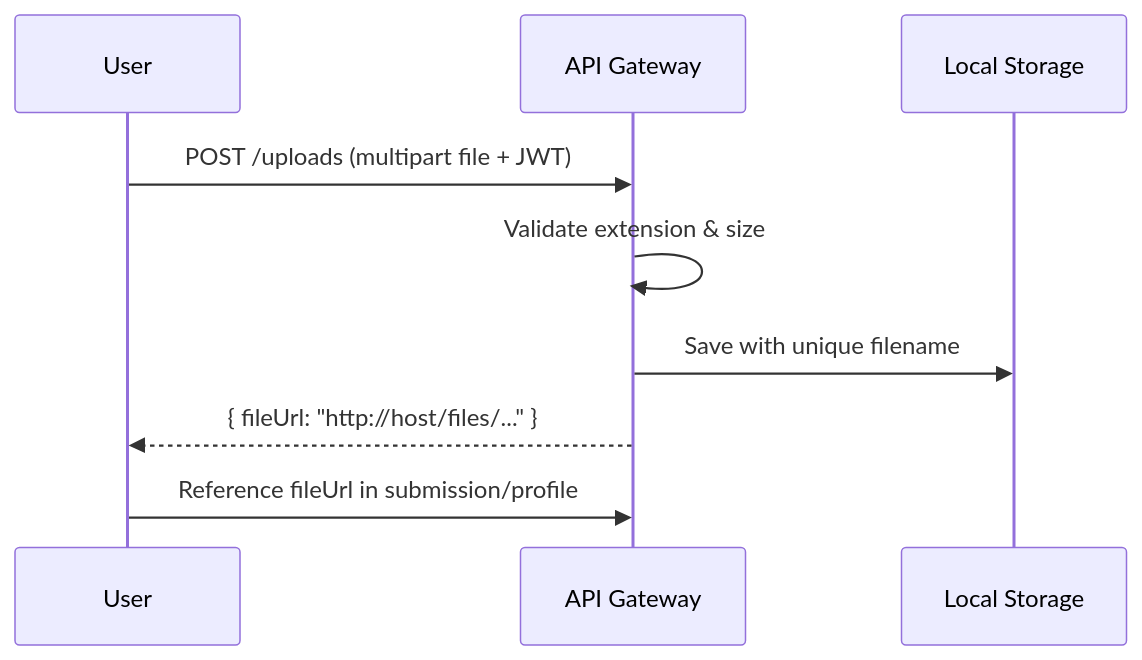
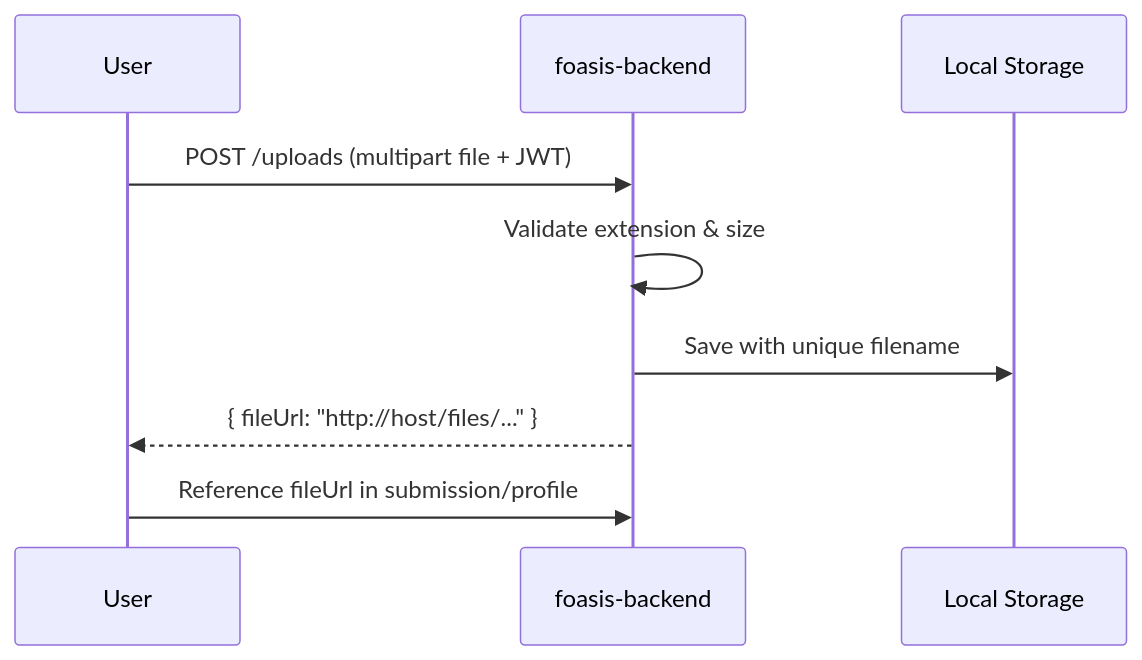
Before and after one commit to Muhammad-Subhan456/FYP-Collaboration-Platform: the sixth of 6 diagrams in README.md, drawn with Mermaid. The commit also changed other lines of this file and 189 other files, not shown here.

Commit message:
Converted to Monolithic architecture and all testing done

````diff
--- a/README.md
+++ b/README.md
@@ -662,12 +630,12 @@
 ```mermaid
 sequenceDiagram
     participant U as User
-    participant GW as API Gateway
+    participant BE as foasis-backend
     participant FS as Local Storage
 
-    U->>GW: POST /uploads (multipart file + JWT)
-    GW->>GW: Validate extension & size
-    GW->>FS: Save with unique filename
-    GW-->>U: { fileUrl: "http://host/files/..." }
-    U->>GW: Reference fileUrl in submission/profile
+    U->>BE: POST /uploads (multipart file + JWT)
+    BE->>BE: Validate extension & size
+    BE->>FS: Save with unique filename
+    BE-->>U: { fileUrl: "http://host/files/..." }
+    U->>BE: Reference fileUrl in submission/profile
 ```
````
